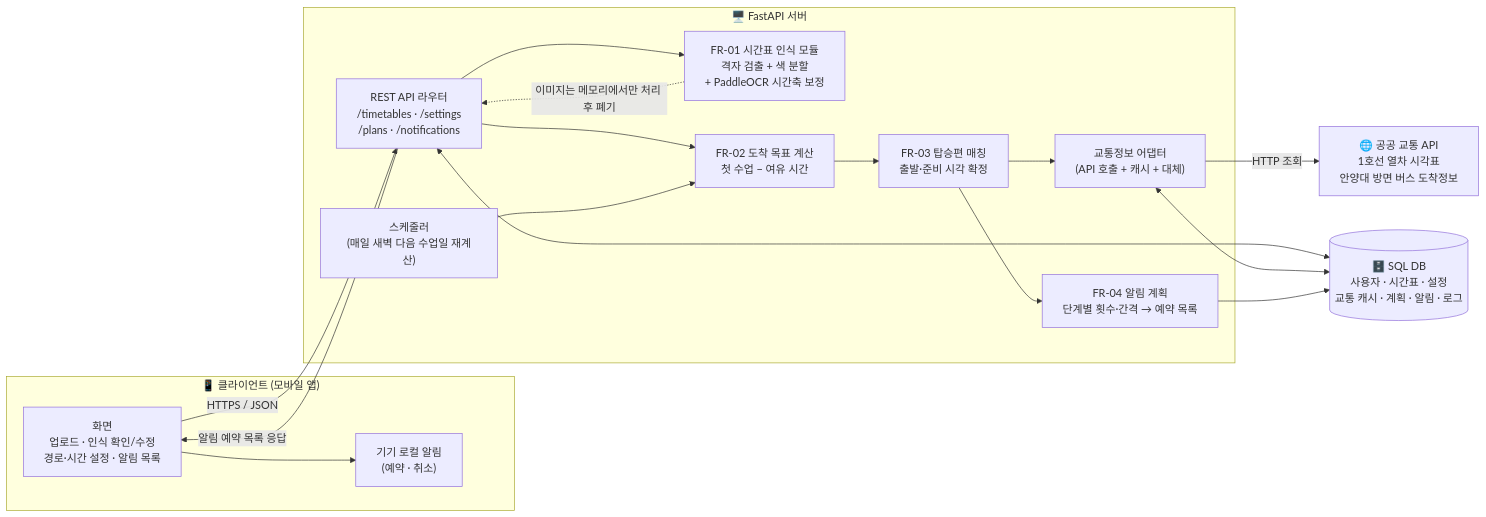
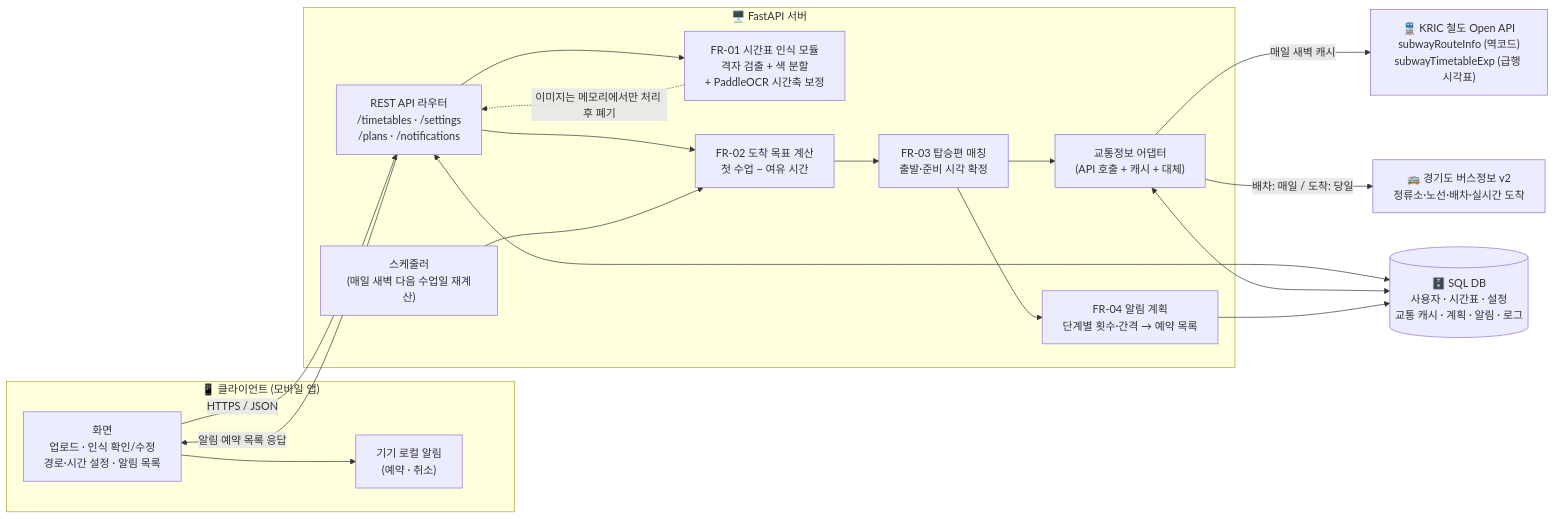
The diagram in docs/design/diagrams/1_system_architecture.mmd (yewon51019/timetable_textps), drawn with Mermaid before and after one commit. The commit also changed 20 other files, not shown here.

First line of the commit message:
교통 API 결정: 1호선은 KRIC 급행 시각표, 버스는 경기도 버스정보 v2

```diff
--- a/docs/design/diagrams/1_system_architecture.mmd
+++ b/docs/design/diagrams/1_system_architecture.mmd
@@ -1,33 +1,35 @@
 flowchart LR
   subgraph CLIENT["📱 클라이언트 (모바일 앱)"]
     UI["화면<br/>업로드 · 인식 확인/수정<br/>경로·시간 설정 · 알림 목록"]
     LN["기기 로컬 알림<br/>(예약 · 취소)"]
   end
 
   subgraph SERVER["🖥️ FastAPI 서버"]
     API["REST API 라우터<br/>/timetables · /settings<br/>/plans · /notifications"]
     OCR["FR-01 시간표 인식 모듈<br/>격자 검출 + 색 분할<br/>+ PaddleOCR 시간축 보정"]
     CALC["FR-02 도착 목표 계산<br/>첫 수업 − 여유 시간"]
     MATCH["FR-03 탑승편 매칭<br/>출발·준비 시각 확정"]
     NOTI["FR-04 알림 계획<br/>단계별 횟수·간격 → 예약 목록"]
     ADP["교통정보 어댑터<br/>(API 호출 + 캐시 + 대체)"]
     SCHED["스케줄러<br/>(매일 새벽 다음 수업일 재계산)"]
   end
 
   DB[("🗄️ SQL DB<br/>사용자 · 시간표 · 설정<br/>교통 캐시 · 계획 · 알림 · 로그")]
-  EXT["🌐 공공 교통 API<br/>1호선 열차 시각표<br/>안양대 방면 버스 도착정보"]
+  KRIC["🚆 KRIC 철도 Open API<br/>subwayRouteInfo (역코드)<br/>subwayTimetableExp (급행 시각표)"]
+  GG["🚌 경기도 버스정보 v2<br/>정류소·노선·배차·실시간 도착"]
 
   UI -- "HTTPS / JSON" --> API
   API --> OCR
   API --> CALC
   CALC --> MATCH
   MATCH --> ADP
-  ADP -- "HTTP 조회" --> EXT
+  ADP -- "매일 새벽 캐시" --> KRIC
+  ADP -- "배차: 매일 / 도착: 당일" --> GG
   MATCH --> NOTI
   SCHED --> CALC
   OCR -. "이미지는 메모리에서만 처리 후 폐기" .-> API
   API <--> DB
   ADP <--> DB
   NOTI --> DB
   API -- "알림 예약 목록 응답" --> UI
   UI --> LN
```
